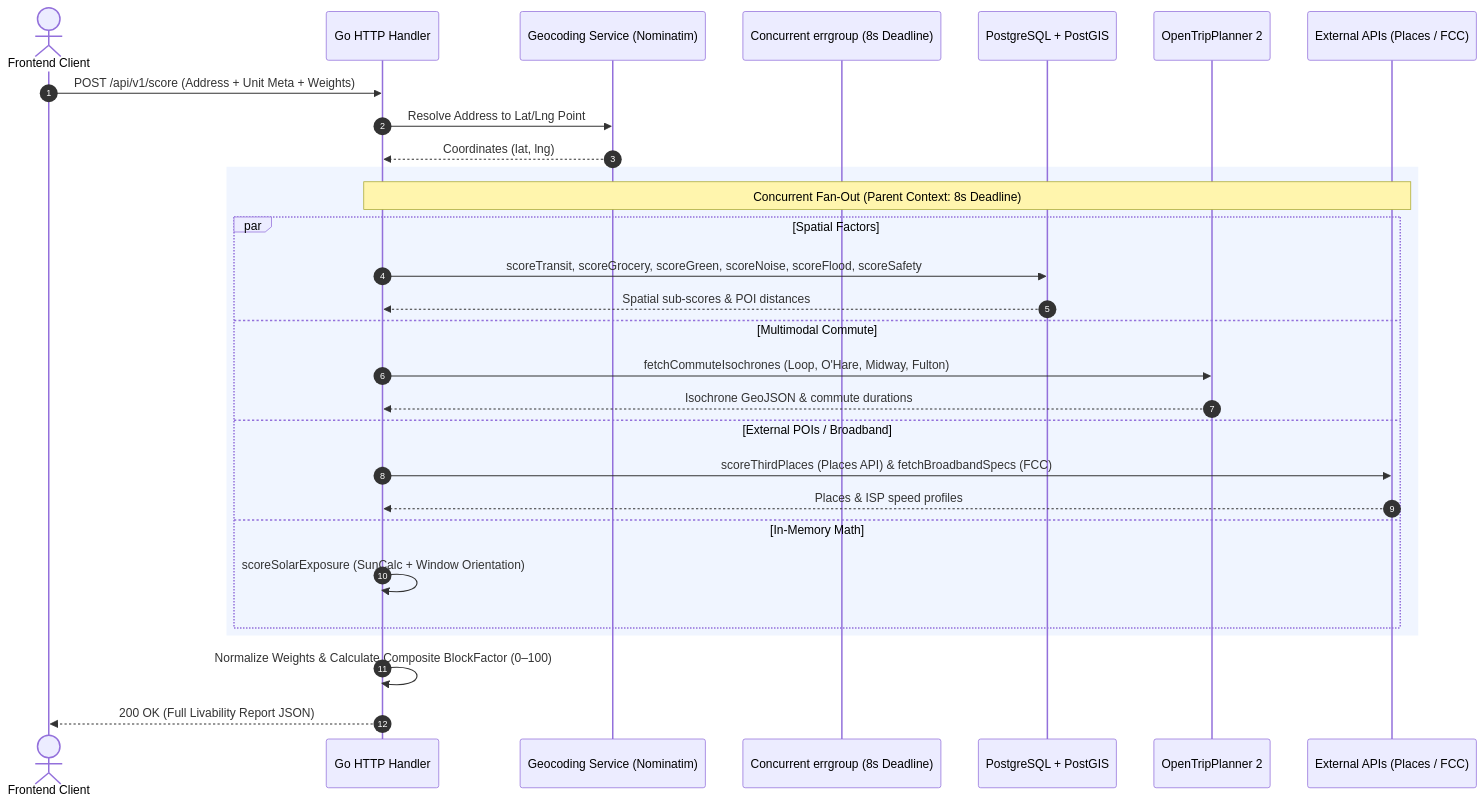
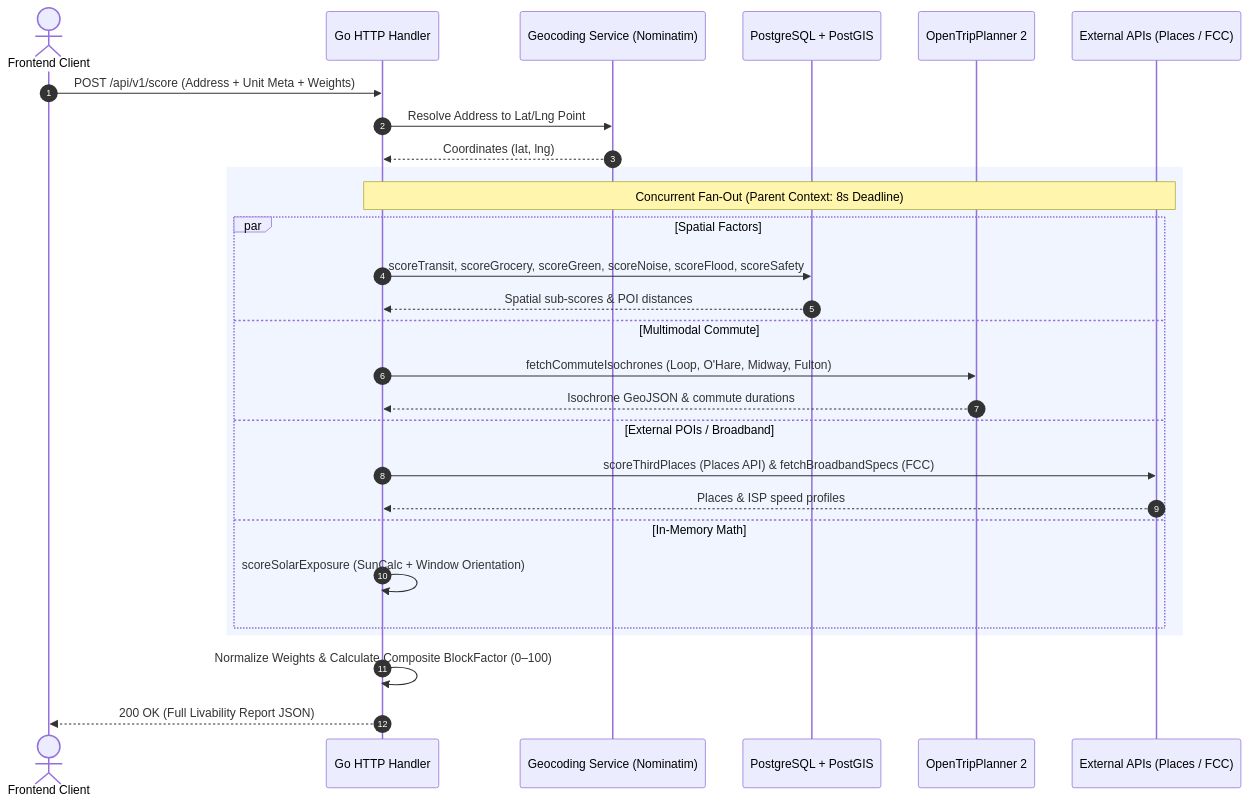
One commit to KingsleyBawuah/block-factor-monorepo changed the second of 2 diagrams in docs/ARCHITECTURE.md. Above: the diagram before and after it, drawn with Mermaid.

Commit message:
docs(architecture): remove unused FanOut participant from sequence diagram

````diff
--- a/docs/ARCHITECTURE.md
+++ b/docs/ARCHITECTURE.md
@@ -130,34 +130,33 @@
 ```mermaid
 sequenceDiagram
     autonumber
     actor Client as Frontend Client
     participant API as Go HTTP Handler
     participant Geo as Geocoding Service (Nominatim)
-    participant FanOut as Concurrent errgroup (8s Deadline)
     participant DB as PostgreSQL + PostGIS
     participant OTP as OpenTripPlanner 2
     participant Ext as External APIs (Places / FCC)
 
     Client->>API: POST /api/v1/score (Address + Unit Meta + Weights)
     API->>Geo: Resolve Address to Lat/Lng Point
     Geo-->>API: Coordinates (lat, lng)
 
     rect rgb(240, 245, 255)
         note over API,Ext: Concurrent Fan-Out (Parent Context: 8s Deadline)
         par Spatial Factors
             API->>DB: scoreTransit, scoreGrocery, scoreGreen, scoreNoise, scoreFlood, scoreSafety
             DB-->>API: Spatial sub-scores & POI distances
         and Multimodal Commute
             API->>OTP: fetchCommuteIsochrones (Loop, O'Hare, Midway, Fulton)
             OTP-->>API: Isochrone GeoJSON & commute durations
         and External POIs / Broadband
             API->>Ext: scoreThirdPlaces (Places API) & fetchBroadbandSpecs (FCC)
             Ext-->>API: Places & ISP speed profiles
         and In-Memory Math
             API->>API: scoreSolarExposure (SunCalc + Window Orientation)
         end
     end
 
     API->>API: Normalize Weights & Calculate Composite BlockFactor (0–100)
     API-->>Client: 200 OK (Full Livability Report JSON)
 ```
````
